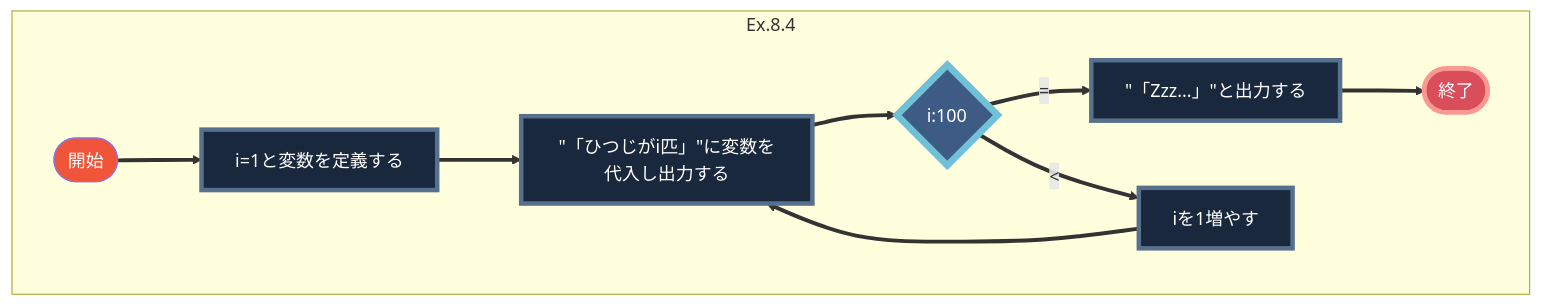
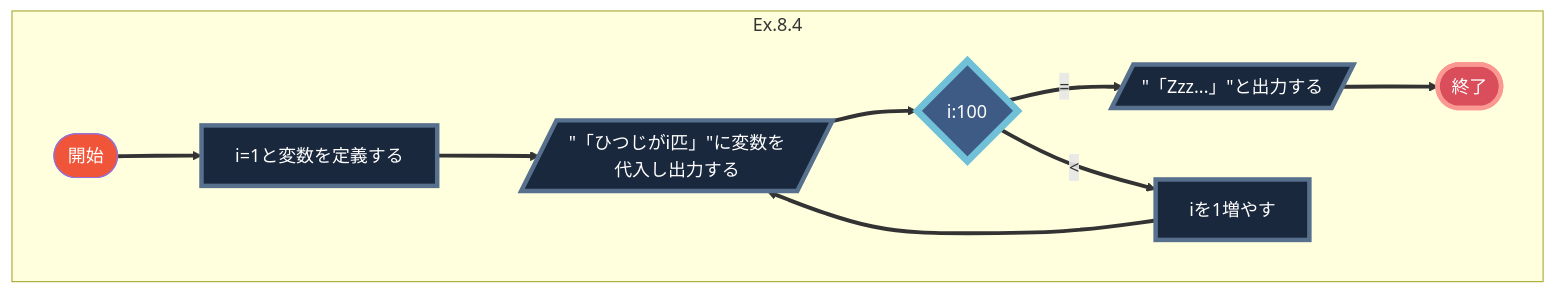
One commit to Shion1305/2021_YNUB1_IntroToProgramming changed the third of 5 diagrams in 第15回/README.md. Above: the diagram before and after it, drawn with Mermaid. The commit also changed other lines of this file and 3 other files, not shown here.

````diff
--- a/第15回/README.md
+++ b/第15回/README.md
@@ -54,16 +54,16 @@
 ```mermaid
 graph TD
     subgraph Ex.8.4
     A1([開始]):::Start ==>B1[i=1と変数を定義する]
-    B1:::Operation ==> C1[&quot&#x300cひつじがi匹&#x300d&quotに変数を代入し出力する]:::Operation
+    B1:::Operation ==> C1[/&quot&#x300cひつじがi匹&#x300d&quotに変数を代入し出力する/]:::Operation
     C1 ==> C2{i:100}:::Switch
     C2 ==>| = |E1
     C2 ==>| < |D1
     D1[iを1増やす]:::Operation ==>C1
-    E1[&quot&#x300cZzz...&#x300d&quotと出力する]:::Operation ==> G1([終了]):::End
+    E1[/&quot&#x300cZzz...&#x300d&quotと出力する/]:::Operation ==> G1([終了]):::End
 	end
 classDef Start fill:#f0553a,color:white
 classDef Operation fill:#1a283d,stroke:#57708d,color:white,stroke-width:4px
 classDef Switch fill:#3e5b85,stroke:#70c0d8,color:white,stroke-width:6px
 classDef End fill:#d94e5a,stroke:#fa9891,color:white,stroke-width:4px
 ```
````
